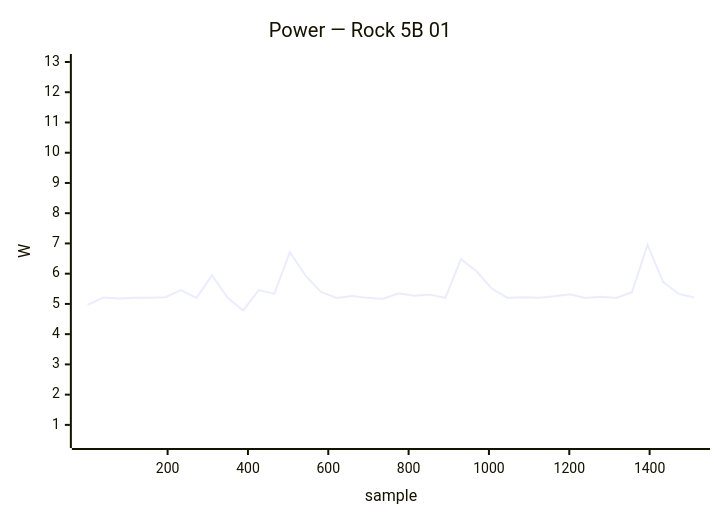
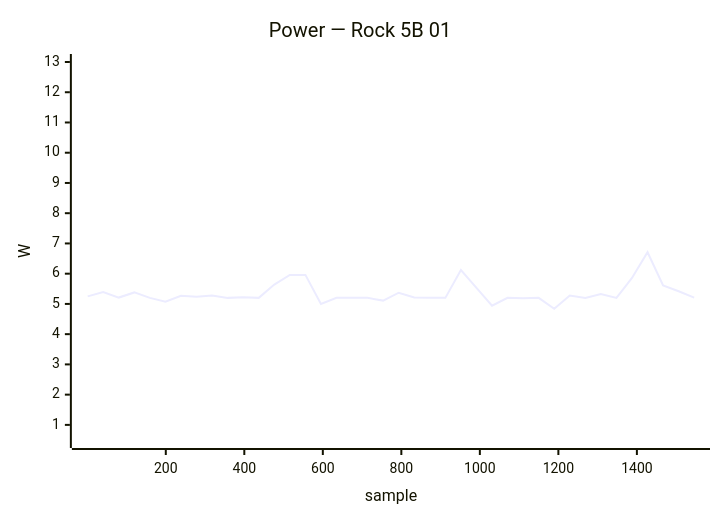
One commit to armbian/documentation changed the ninth of 34 diagrams in docs/status/board-tests.md. Above: the diagram before and after it, drawn with Mermaid. The commit also changed other lines of this file, not shown here.

````diff
--- a/docs/status/board-tests.md
+++ b/docs/status/board-tests.md
@@ -522,7 +537,7 @@
 ```mermaid
 xychart-beta
     title "Power — Rock 5B 01"
-    x-axis "sample" 1 --> 1511
+    x-axis "sample" 1 --> 1546
     y-axis "W" 0.5 --> 13.0
-    line [4.97, 5.21, 5.18, 5.20, 5.20, 5.22, 5.46, 5.20, 5.95, 5.20, 4.78, 5.46, 5.34, 6.71, 5.94, 5.40, 5.20, 5.26, 5.20, 5.17, 5.35, 5.27, 5.31, 5.20, 6.48, 6.08, 5.50, 5.20, 5.22, 5.20, 5.25, 5.32, 5.20, 5.24, 5.20, 5.39, 6.95, 5.73, 5.33, 5.21]
+    line [5.25, 5.39, 5.21, 5.38, 5.20, 5.07, 5.27, 5.24, 5.28, 5.20, 5.22, 5.20, 5.64, 5.96, 5.96, 5.00, 5.20, 5.20, 5.20, 5.11, 5.37, 5.21, 5.20, 5.20, 6.12, 5.53, 4.94, 5.20, 5.19, 5.20, 4.84, 5.28, 5.20, 5.33, 5.20, 5.86, 6.71, 5.61, 5.42, 5.21]
 ```
````
